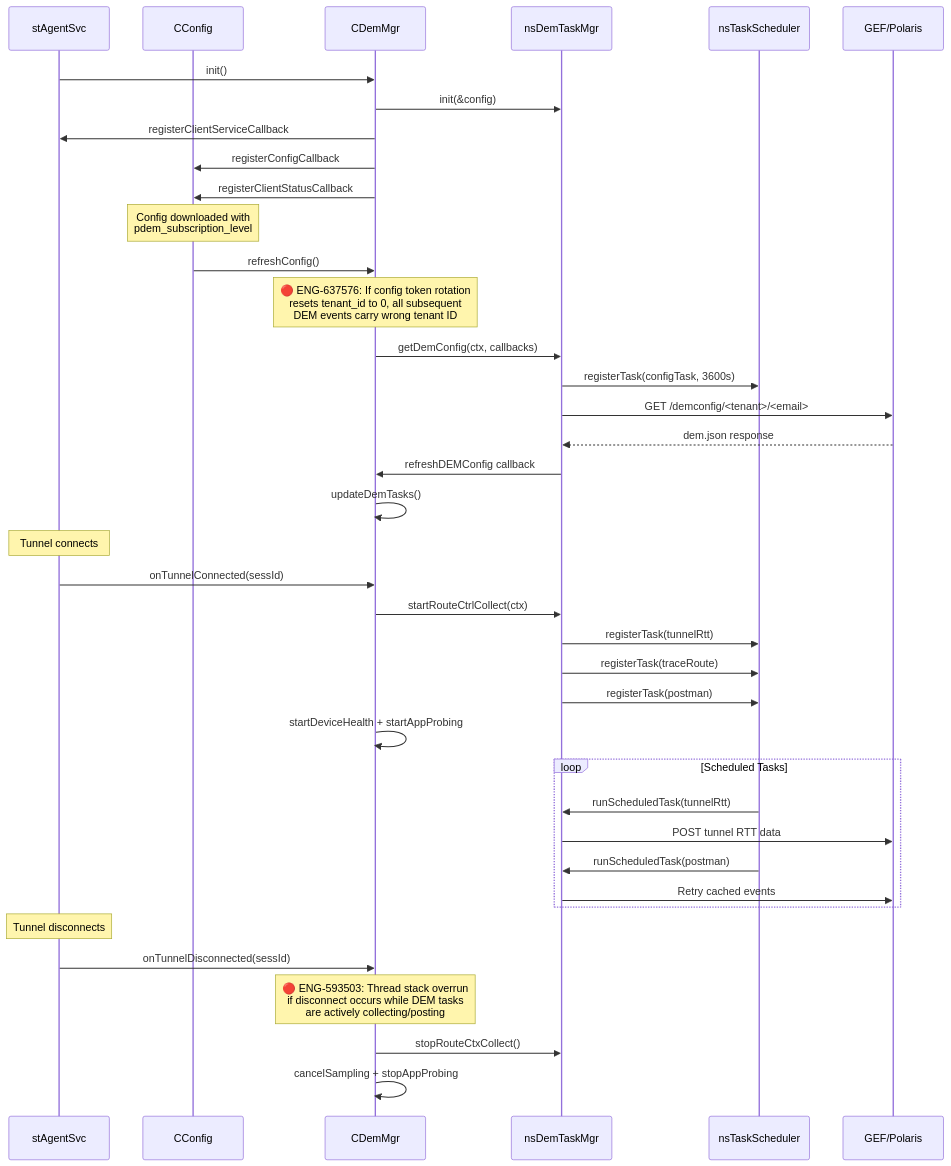
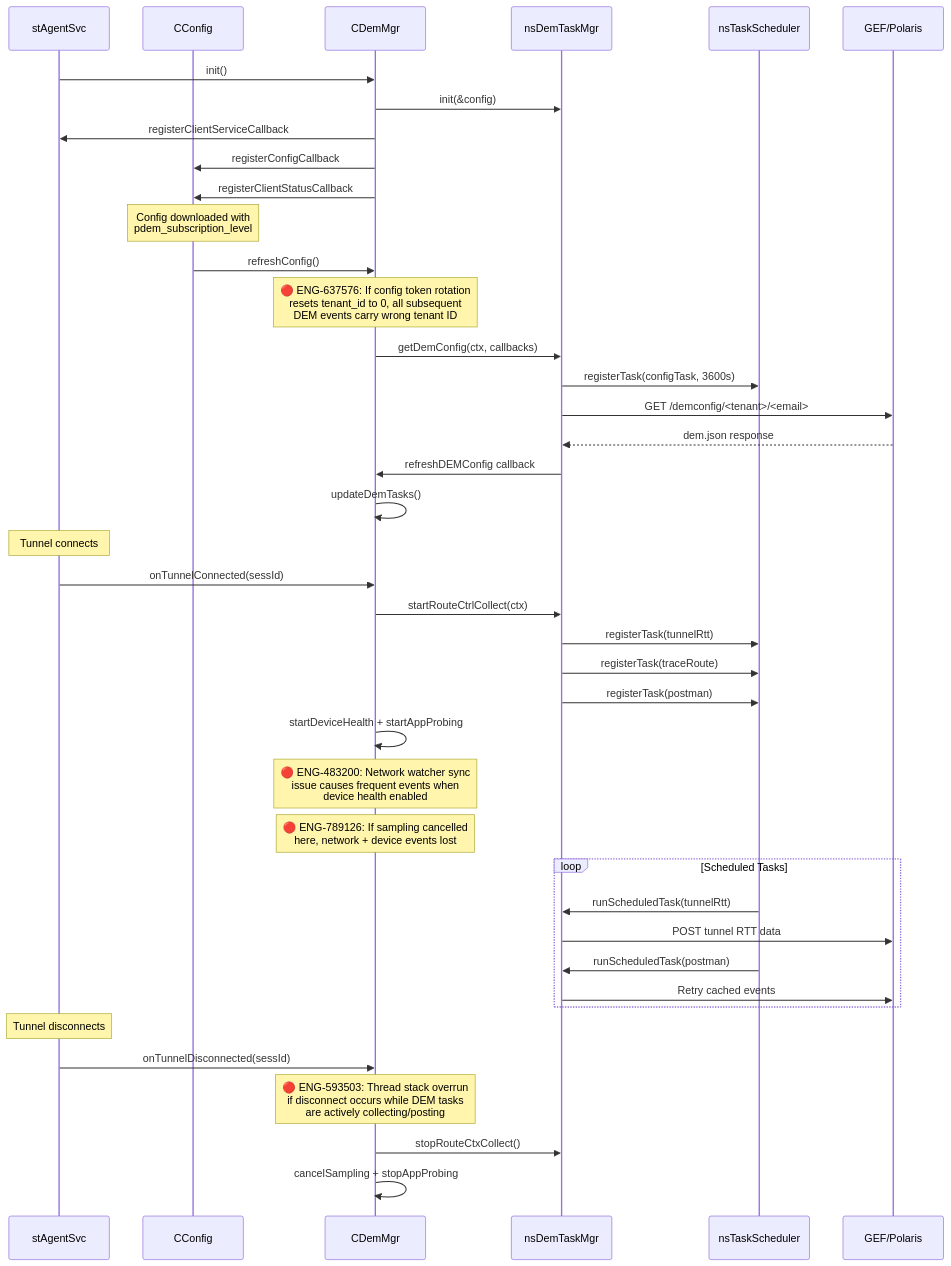
One commit to ns-klin/endpoint_system_test_plan changed the second of 14 diagrams in chapters/16_dem.md. Above: the diagram before and after it, drawn with Mermaid. The commit also changed other lines of this file and 26 other files, not shown here.

First line of the commit message:
Add 87 bugs from Excel enrichment and integrate into mermaid diagrams

````diff
--- a/chapters/16_dem.md
+++ b/chapters/16_dem.md
@@ -127,51 +140,53 @@
 ```mermaid
 sequenceDiagram
     participant SVC as stAgentSvc
     participant CFG as CConfig
     participant DEM as CDemMgr
     participant TM as nsDemTaskMgr
     participant SCHED as nsTaskScheduler
     participant GEF as GEF/Polaris
 
     SVC->>DEM: init()
     DEM->>TM: init(&config)
     DEM->>SVC: registerClientServiceCallback
     DEM->>CFG: registerConfigCallback
     DEM->>CFG: registerClientStatusCallback
 
     Note over CFG: Config downloaded with<br/>pdem_subscription_level
 
     CFG->>DEM: refreshConfig()
     Note over DEM: 🔴 ENG-637576: If config token rotation<br/>resets tenant_id to 0, all subsequent<br/>DEM events carry wrong tenant ID
 
     DEM->>TM: getDemConfig(ctx, callbacks)
     TM->>SCHED: registerTask(configTask, 3600s)
 
     TM->>GEF: GET /demconfig/<tenant>/<email>
     GEF-->>TM: dem.json response
     TM->>DEM: refreshDEMConfig callback
     DEM->>DEM: updateDemTasks()
 
     Note over SVC: Tunnel connects
 
     SVC->>DEM: onTunnelConnected(sessId)
     DEM->>TM: startRouteCtrlCollect(ctx)
     TM->>SCHED: registerTask(tunnelRtt)
     TM->>SCHED: registerTask(traceRoute)
     TM->>SCHED: registerTask(postman)
     DEM->>DEM: startDeviceHealth + startAppProbing
+    Note over DEM: 🔴 ENG-483200: Network watcher sync<br/>issue causes frequent events when<br/>device health enabled
+    Note over DEM: 🔴 ENG-789126: If sampling cancelled<br/>here, network + device events lost
 
     loop Scheduled Tasks
         SCHED->>TM: runScheduledTask(tunnelRtt)
         TM->>GEF: POST tunnel RTT data
         SCHED->>TM: runScheduledTask(postman)
         TM->>GEF: Retry cached events
     end
 
     Note over SVC: Tunnel disconnects
 
     SVC->>DEM: onTunnelDisconnected(sessId)
     Note over DEM: 🔴 ENG-593503: Thread stack overrun<br/>if disconnect occurs while DEM tasks<br/>are actively collecting/posting
     DEM->>TM: stopRouteCtxCollect()
     DEM->>DEM: cancelSampling + stopAppProbing
 ```
````
